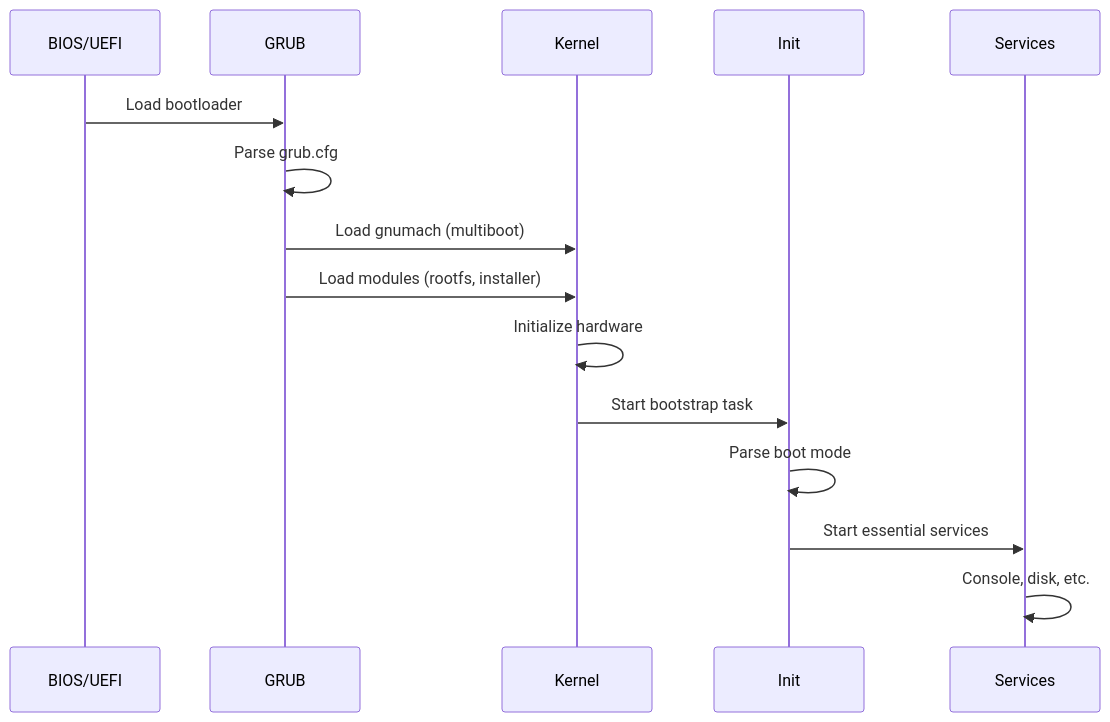
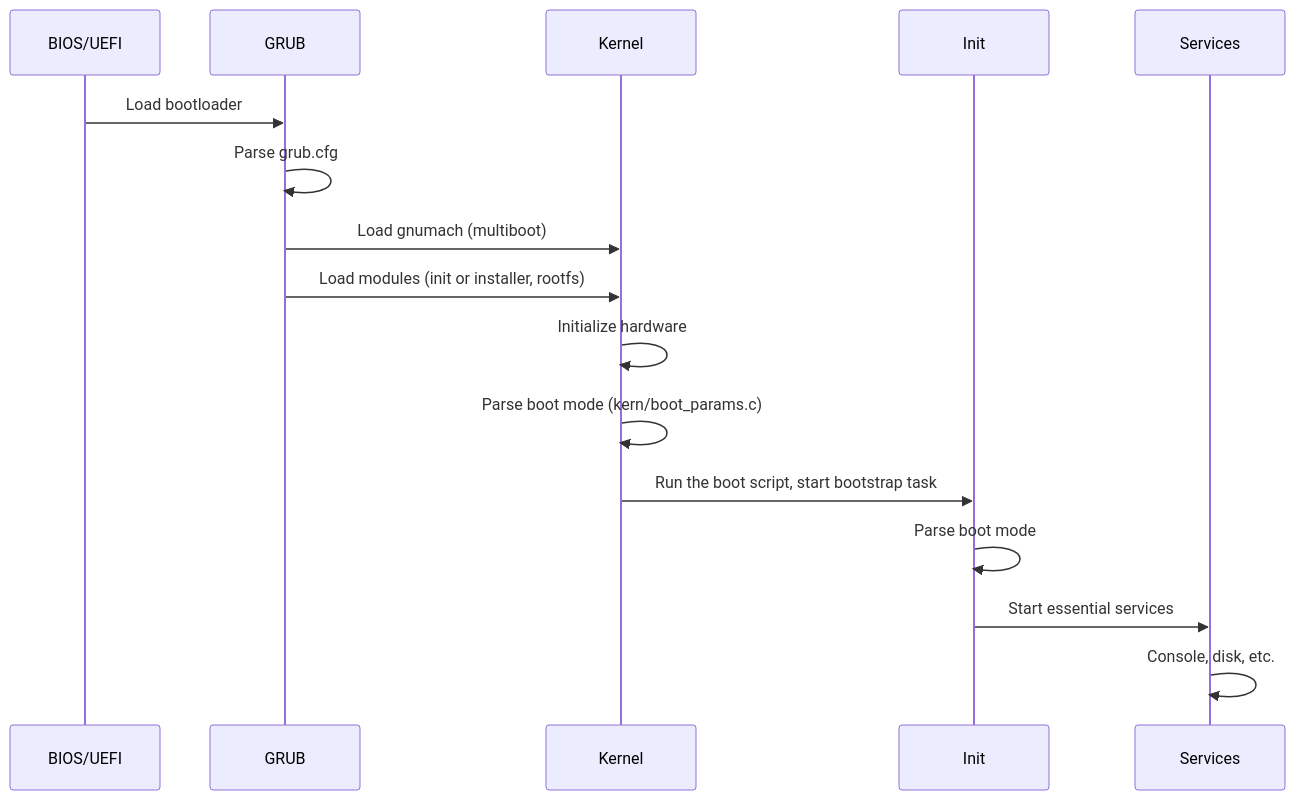
Before and after one commit to cogpy/c9o-mach: the second of 2 diagrams in docs/packaging-architecture.md, drawn with Mermaid. The commit also changed other lines of this file and 5 other files, not shown here.

Commit message:
Build ISOs in CI with ci-build.sh and document the boot flow

````diff
--- a/docs/packaging-architecture.md
+++ b/docs/packaging-architecture.md
@@ -74,18 +75,19 @@
 ```mermaid
 sequenceDiagram
     participant BIOS/UEFI
     participant GRUB
     participant Kernel
     participant Init
     participant Services
     
     BIOS/UEFI->>GRUB: Load bootloader
     GRUB->>GRUB: Parse grub.cfg
     GRUB->>Kernel: Load gnumach (multiboot)
-    GRUB->>Kernel: Load modules (rootfs, installer)
+    GRUB->>Kernel: Load modules (init or installer, rootfs)
     Kernel->>Kernel: Initialize hardware
-    Kernel->>Init: Start bootstrap task
+    Kernel->>Kernel: Parse boot mode (kern/boot_params.c)
+    Kernel->>Init: Run the boot script, start bootstrap task
     Init->>Init: Parse boot mode
     Init->>Services: Start essential services
     Services->>Services: Console, disk, etc.
 ```
````
